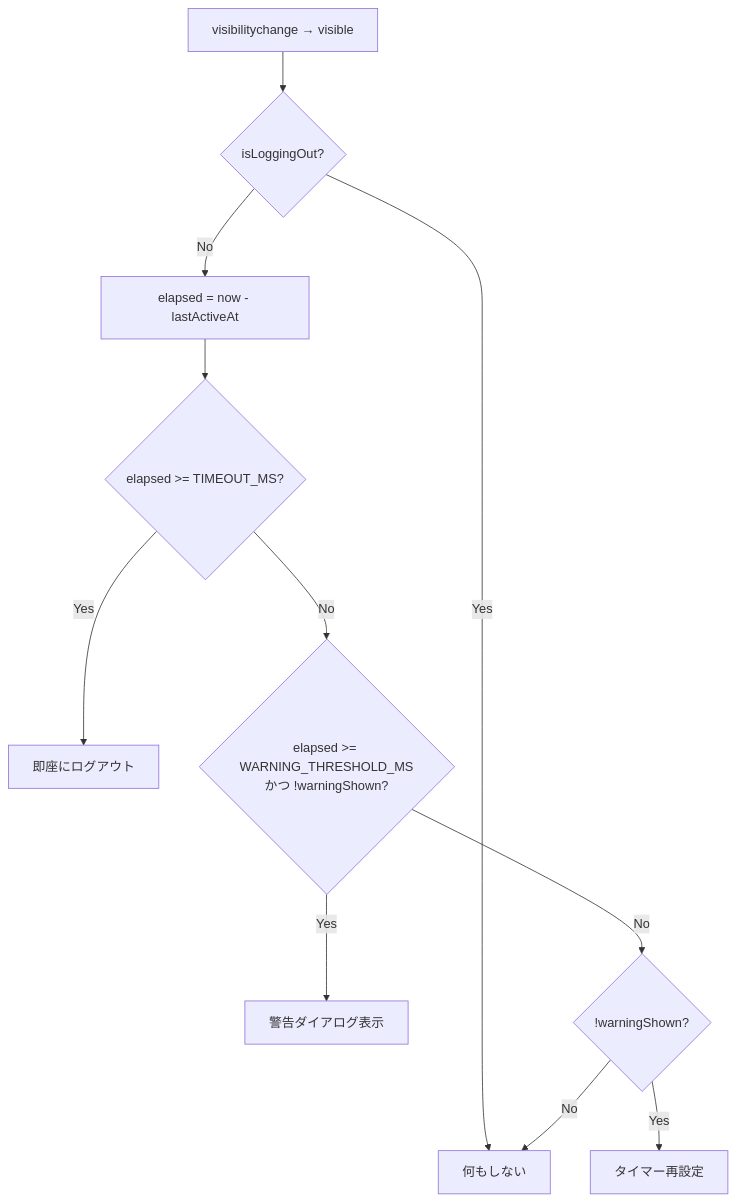
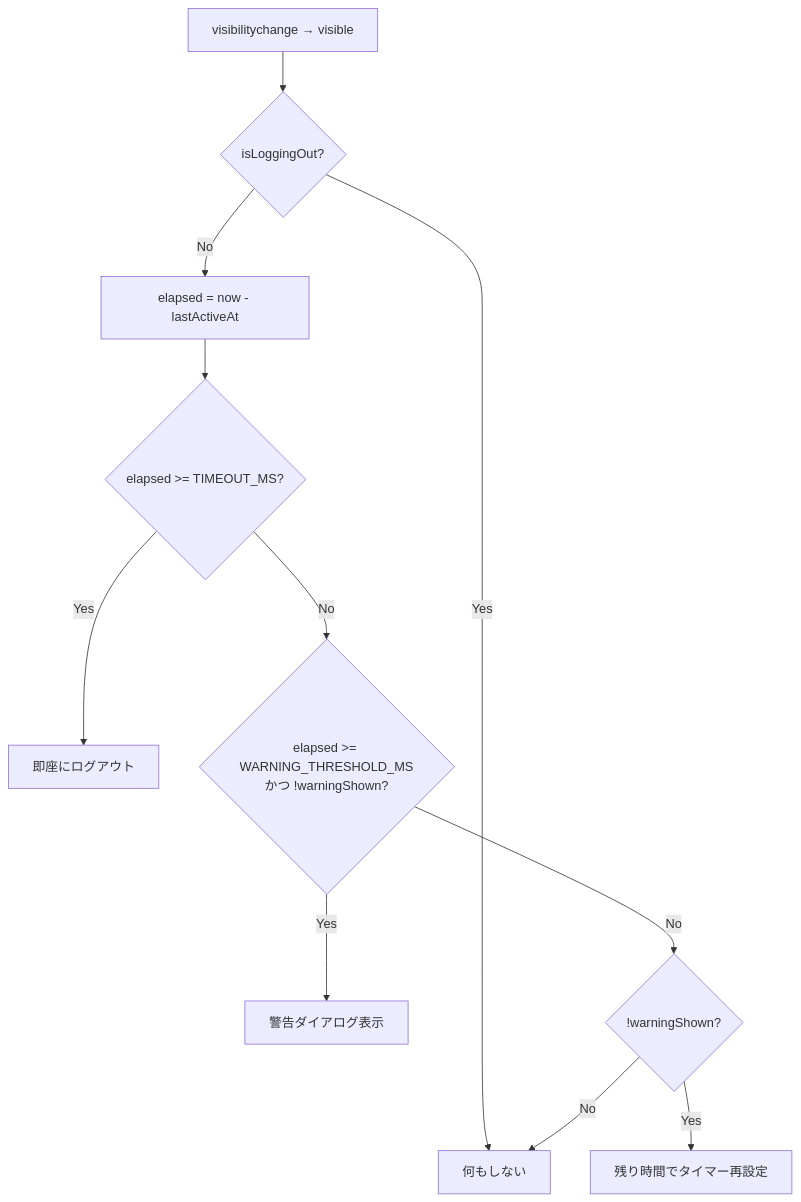
Before and after one commit to hidefumiagata/wms: the second of 2 diagrams in docs/architecture-design/03-frontend-architecture.md, drawn with Mermaid. The commit also changed other lines of this file and 1 other file, not shown here.

````diff
--- a/docs/architecture-design/03-frontend-architecture.md
+++ b/docs/architecture-design/03-frontend-architecture.md
@@ -1200,13 +1207,13 @@
 ```mermaid
 flowchart TD
     A[visibilitychange → visible] --> B{isLoggingOut?}
     B -- Yes --> Z[何もしない]
     B -- No --> C[elapsed = now - lastActiveAt]
     C --> D{elapsed >= TIMEOUT_MS?}
     D -- Yes --> E[即座にログアウト]
     D -- No --> F{elapsed >= WARNING_THRESHOLD_MS<br/>かつ !warningShown?}
     F -- Yes --> G[警告ダイアログ表示]
     F -- No --> H{!warningShown?}
-    H -- Yes --> I[タイマー再設定]
+    H -- Yes --> I[残り時間でタイマー再設定]
     H -- No --> Z
 ```
````
